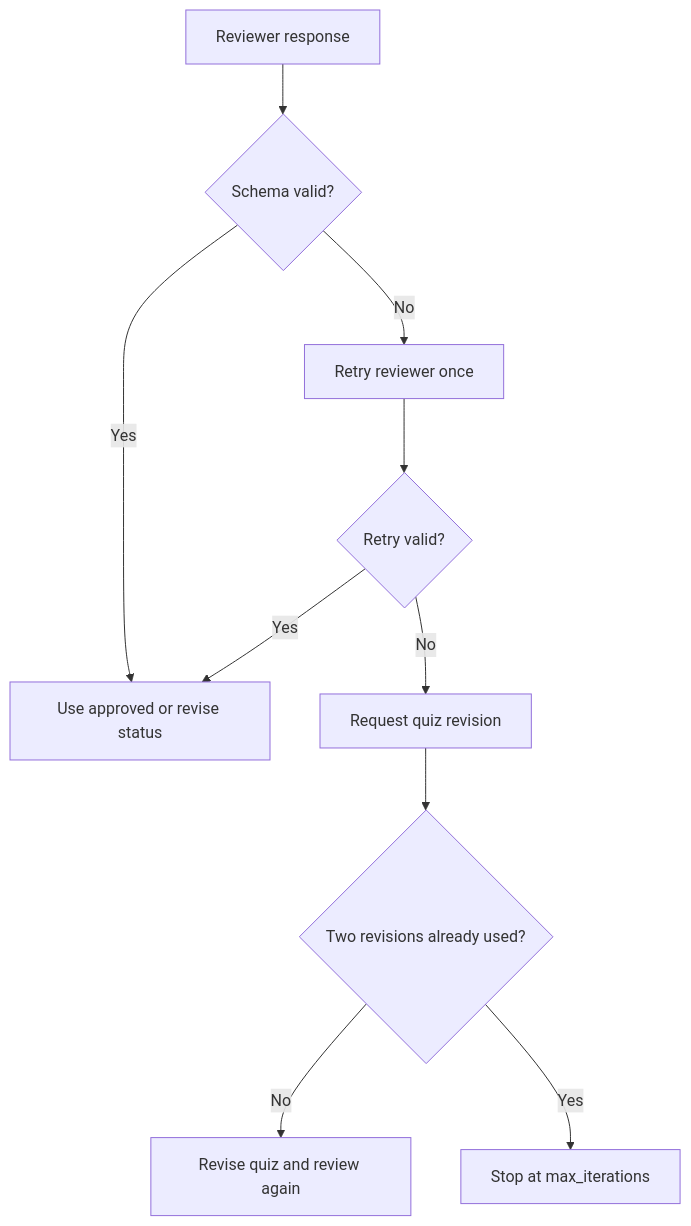
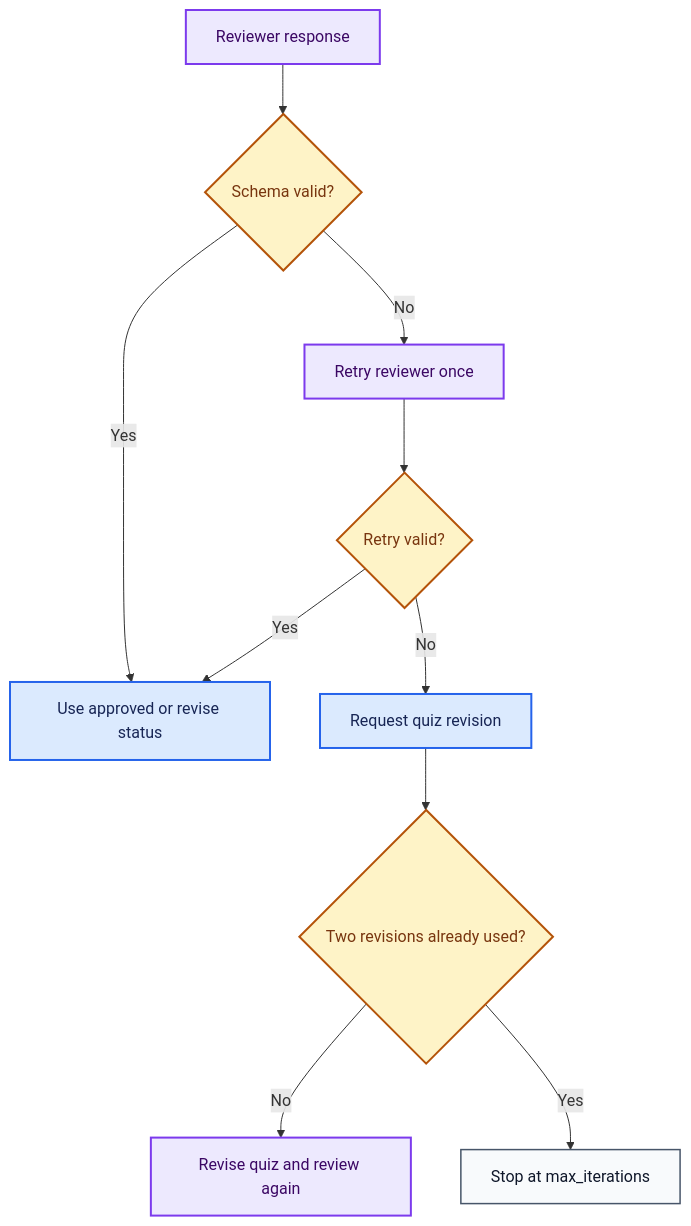
The tenth of 20 diagrams in docs/ARCHITECTURE.md (anne500/multi-agent-study-guide), drawn with Mermaid before and after one commit. The commit also changed other lines of this file and 7 other files, not shown here.

Commit message:
Add visual learning map and color-coded architecture documentation

````diff
--- a/docs/ARCHITECTURE.md
+++ b/docs/ARCHITECTURE.md
@@ -174,12 +233,20 @@
 ```mermaid
 flowchart TD
     A[Reviewer response] --> B{Schema valid?}
     B -->|Yes| C[Use approved or revise status]
     B -->|No| D[Retry reviewer once]
     D --> E{Retry valid?}
     E -->|Yes| C
     E -->|No| F[Request quiz revision]
     F --> G{Two revisions already used?}
     G -->|No| H[Revise quiz and review again]
     G -->|Yes| I[Stop at max_iterations]
+
+    classDef default fill:#F8FAFC,stroke:#475569,color:#0F172A,stroke-width:1.5px;
+    classDef model fill:#EDE9FE,stroke:#7C3AED,color:#3B0764,stroke-width:2px;
+    class A,D,H model;
+    classDef decision fill:#FEF3C7,stroke:#B45309,color:#78350F,stroke-width:2px;
+    class B,E,G decision;
+    classDef logic fill:#DBEAFE,stroke:#2563EB,color:#172554,stroke-width:2px;
+    class C,F logic;
 ```
````
